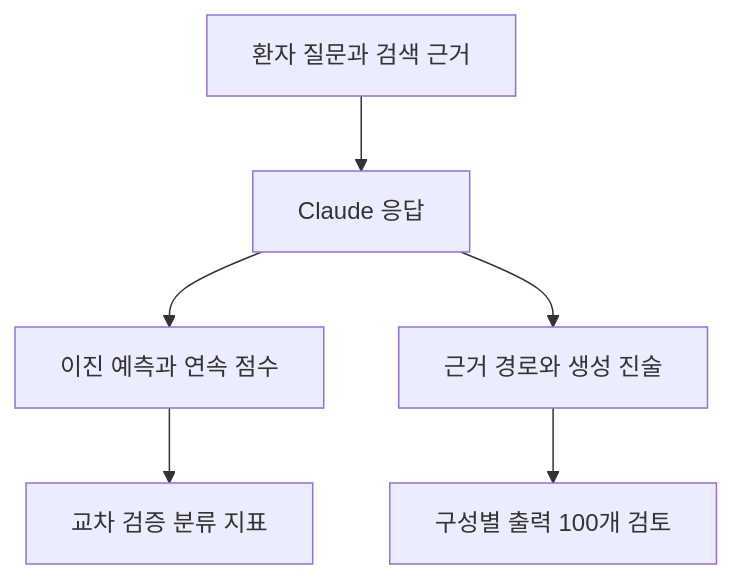
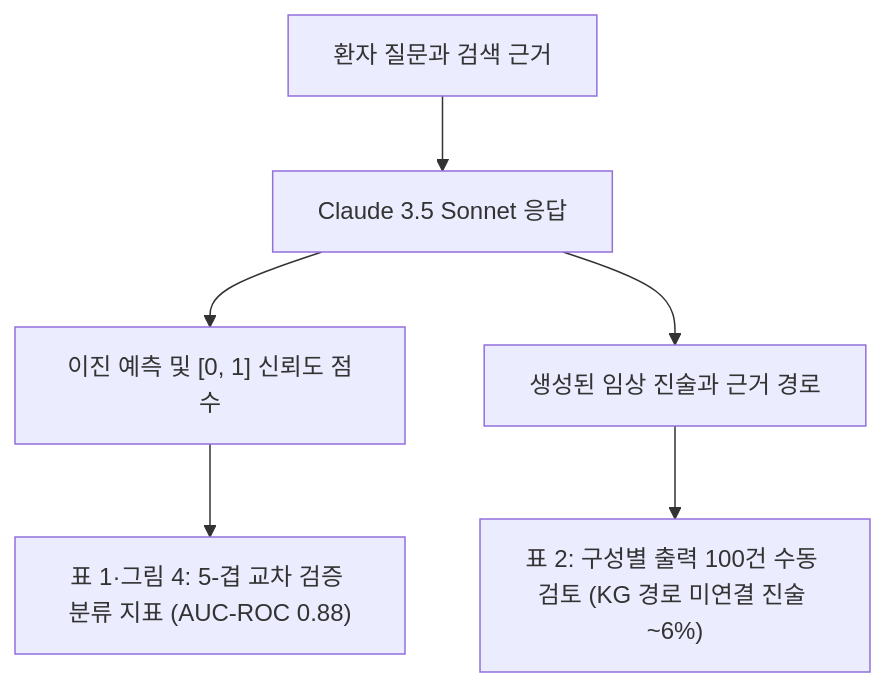
The third of 4 diagrams in docs/journal/2026-11-05-review-clinical-ontology-rag.md (shinysong/shacl-graphrag), drawn with Mermaid before and after one commit. The commit also changed other lines of this file and 3594 other files, not shown here.

Commit message:
Update SHACL-GraphRAG public site layout, typography, English sidebar, and Nov 2026 research records

````diff
--- a/docs/journal/2026-11-05-review-clinical-ontology-rag.md
+++ b/docs/journal/2026-11-05-review-clinical-ontology-rag.md
@@ -319,8 +307,8 @@
 ```mermaid
 flowchart TD
-    A[환자 질문과 검색 근거] --> B[Claude 응답]
-    B --> C[이진 예측과 연속 점수]
-    B --> D[근거 경로와 생성 진술]
-    C --> E[교차 검증 분류 지표]
-    D --> F[구성별 출력 100개 검토]
+    A[환자 질문과 검색 근거] --> B[Claude 3.5 Sonnet 응답]
+    B --> C["이진 예측 및 [0, 1] 신뢰도 점수"]
+    B --> D[생성된 임상 진술과 근거 경로]
+    C --> E["표 1·그림 4: 5-겹 교차 검증 분류 지표 (AUC-ROC 0.88)"]
+    D --> F["표 2: 구성별 출력 100건 수동 검토 (KG 경로 미연결 진술 ~6%)"]
 ```
````
